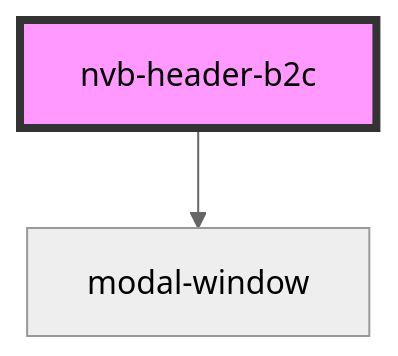
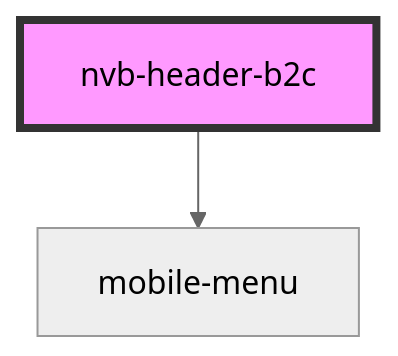
Before and after one commit to nicoes/stencil-nextjs-prerender-poc: the diagram in stencil-components/src/components/nvb-header-b2c/readme.md, drawn with Mermaid (neutral theme). The commit also changed other lines of this file and 11 other files, not shown here.

Commit message:
Scaffold mobile menu and sync backdrop transitions

````diff
--- a/stencil-components/src/components/nvb-header-b2c/readme.md
+++ b/stencil-components/src/components/nvb-header-b2c/readme.md
@@ -15,5 +15,5 @@
 ```mermaid
 graph TD;
-  nvb-header-b2c --> modal-window
+  nvb-header-b2c --> mobile-menu
   style nvb-header-b2c fill:#f9f,stroke:#333,stroke-width:4px
 ```
````
